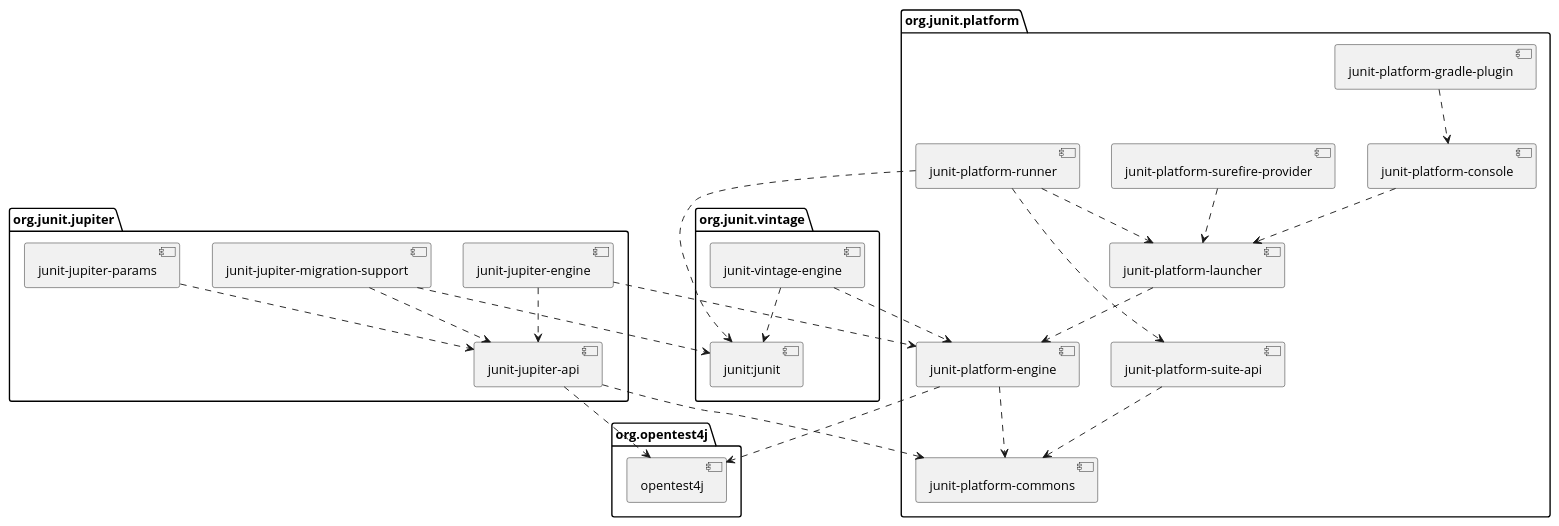
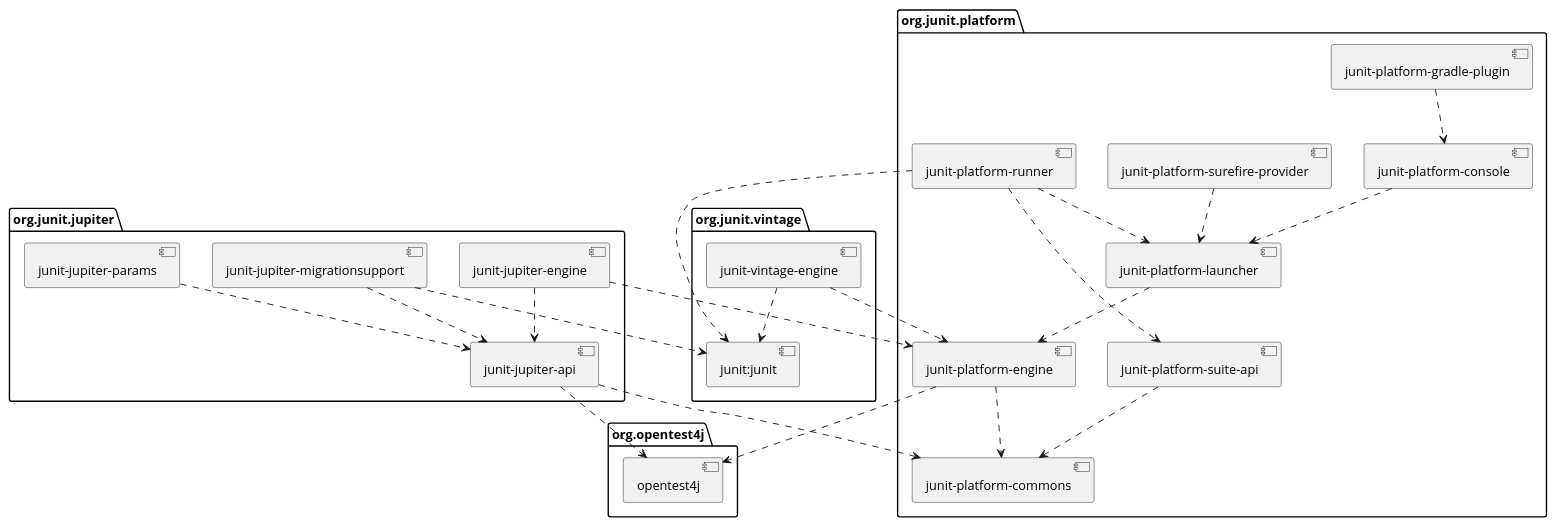
Before and after one commit to junit-team/junit5: the diagram in documentation/src/docs/asciidoc/overview.adoc, drawn with PlantUML. The commit also changed other lines of this file and 45 other files, not shown here.

First line of the commit message:
Rename Jupiter Migration Support to `junit-jupiter-migrationsupport`

```diff
--- a/documentation/src/docs/asciidoc/overview.adoc
+++ b/documentation/src/docs/asciidoc/overview.adoc
@@ -114,63 +114,63 @@
 [plantuml, component-diagram, svg]
 ----
 skinparam {
     defaultFontName Open Sans
 }
 
 package org.junit.jupiter {
     [junit-jupiter-api] as jupiter_api
     [junit-jupiter-engine] as jupiter_engine
     [junit-jupiter-params] as jupiter_params
-    [junit-jupiter-migration-support] as jupiter_migration_support
+    [junit-jupiter-migrationsupport] as jupiter_migration_support
 }
 
 package org.junit.vintage {
     [junit-vintage-engine] as vintage_engine
     [junit:junit] as junit4
 }
 
 package org.junit.platform {
     [junit-platform-commons] as commons
     [junit-platform-console] as console
     [junit-platform-engine] as engine
     [junit-platform-gradle-plugin] as gradle
     [junit-platform-launcher] as launcher
     [junit-platform-runner] as runner
     [junit-platform-suite-api] as suite_api
     [junit-platform-surefire-provider] as surefire
 }
 
 package org.opentest4j {
     [opentest4j]
 }
 
 jupiter_api ..> opentest4j
 jupiter_api ..> commons
 
 jupiter_engine ..> engine
 jupiter_engine ..> jupiter_api
 
 jupiter_params ..> jupiter_api
 jupiter_migration_support ..> jupiter_api
 jupiter_migration_support ..> junit4
 
 console ..> launcher
 
 gradle ..> console
 
 launcher ..> engine
 
 engine ..> opentest4j
 engine ..> commons
 
 runner ..> launcher
 runner ..> suite_api
 runner ..> junit4
 
 suite_api ..> commons
 
 surefire ..> launcher
 
 vintage_engine ..> engine
 vintage_engine ..> junit4
 ----
```
